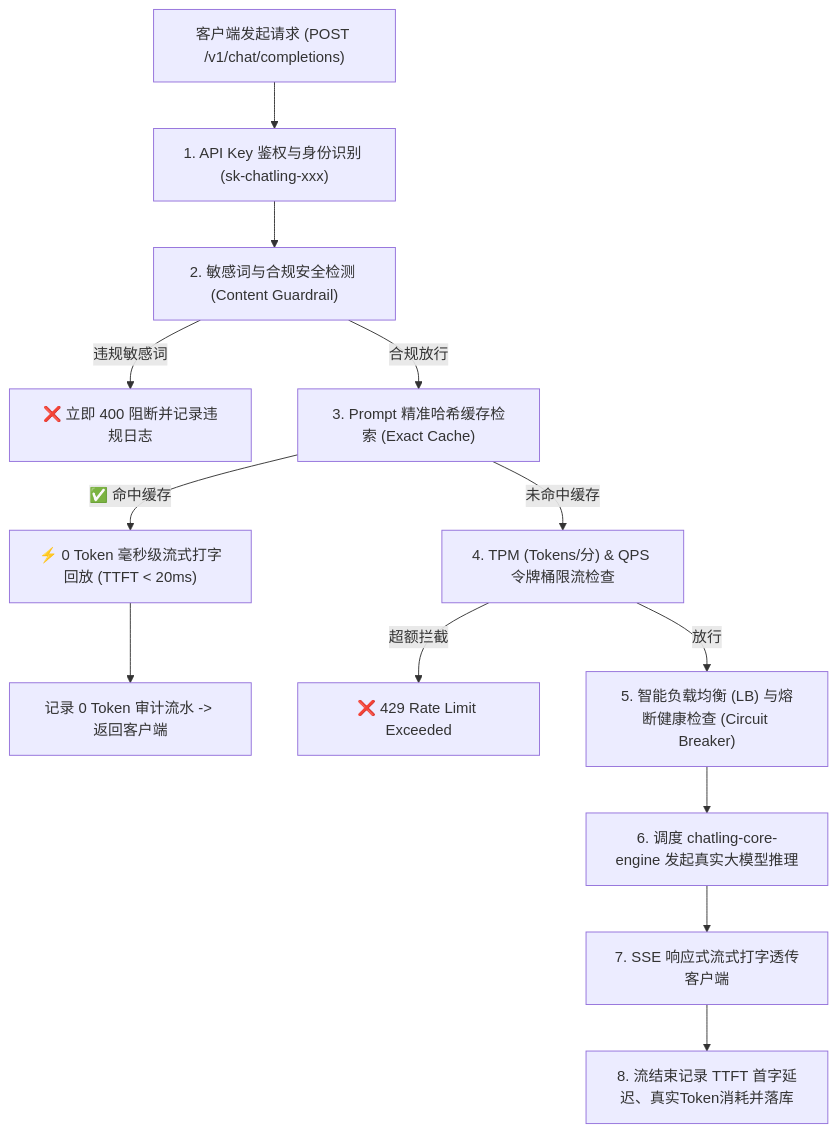
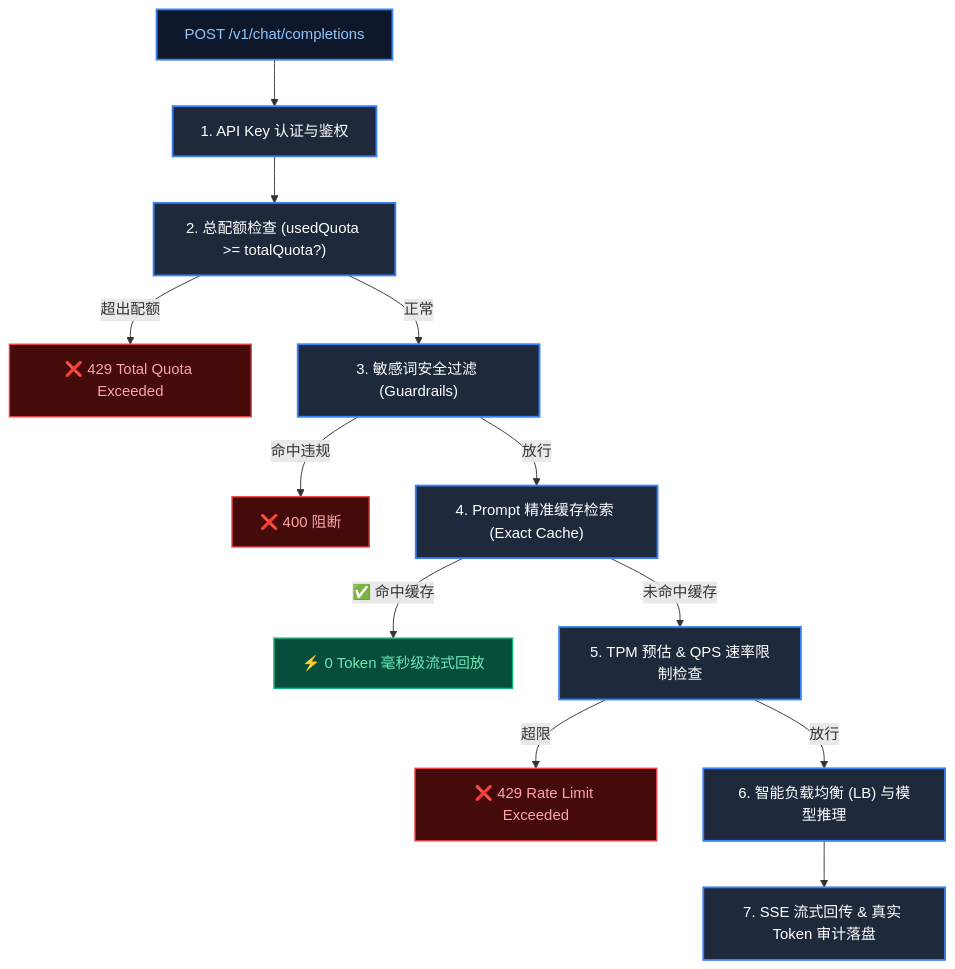
Before and after one commit to Alex19950829/ai-gateway: the diagram in chatling-dataplane/docs/dataplane_design.md, drawn with Mermaid. The commit also changed 12 other files, not shown here.

````diff
--- a/chatling-dataplane/docs/dataplane_design.md
+++ b/chatling-dataplane/docs/dataplane_design.md
@@ -10,19 +10,26 @@
 ```mermaid
+%%{init: {'flowchart': {'curve': 'ortho'}}}%%
 flowchart TD
-    Client["客户端发起请求 (POST /v1/chat/completions)"] --> Pre1["1. API Key 鉴权与身份识别 (sk-chatling-xxx)"]
-    Pre1 --> Pre2["2. 敏感词与合规安全检测 (Content Guardrail)"]
-    
-    Pre2 -->|违规敏感词| Block["❌ 立即 400 阻断并记录违规日志"]
-    Pre2 -->|合规放行| Pre3["3. Prompt 精准哈希缓存检索 (Exact Cache)"]
-    
-    Pre3 -->|✅ 命中缓存| QuickStream["⚡ 0 Token 毫秒级流式打字回放 (TTFT < 20ms)"]
-    QuickStream --> AuditDone["记录 0 Token 审计流水 -> 返回客户端"]
-    
-    Pre3 -->|未命中缓存| Pre4["4. TPM (Tokens/分) & QPS 令牌桶限流检查"]
-    Pre4 -->|超额拦截| TooManyReq["❌ 429 Rate Limit Exceeded"]
-    
-    Pre4 -->|放行| Route["5. 智能负载均衡 (LB) 与熔断健康检查 (Circuit Breaker)"]
-    Route --> Engine["6. 调度 chatling-core-engine 发起真实大模型推理"]
-    Engine --> SSE["7. SSE 响应式流式打字透传客户端"]
-    SSE --> Audit["8. 流结束记录 TTFT 首字延迟、真实Token消耗并落库"]
+    classDef default fill:#1e293b,stroke:#475569,stroke-width:1.5px,color:#f8fafc;
+    classDef entry fill:#0f172a,stroke:#3b82f6,stroke-width:2px,color:#93c5fd;
+    classDef check fill:#1e293b,stroke:#3b82f6,stroke-width:2px,color:#ffffff;
+    classDef reject fill:#450a0a,stroke:#ef4444,stroke-width:1.5px,color:#fca5a5;
+    classDef hit fill:#064e3b,stroke:#10b981,stroke-width:1.5px,color:#6ee7b7;
+
+    Req["POST /v1/chat/completions"]:::entry --> S1["1. API Key 认证与鉴权"]:::check
+    S1 --> S2["2. 总配额检查 (usedQuota >= totalQuota?)"]:::check
+
+    S2 -->|超出配额| E1["❌ 429 Total Quota Exceeded"]:::reject
+    S2 -->|正常| S3["3. 敏感词安全过滤 (Guardrails)"]:::check
+
+    S3 -->|命中违规| E2["❌ 400 阻断"]:::reject
+    S3 -->|放行| S4["4. Prompt 精准缓存检索 (Exact Cache)"]:::check
+
+    S4 -->|✅ 命中缓存| E3["⚡ 0 Token 毫秒级流式回放"]:::hit
+    S4 -->|未命中缓存| S5["5. TPM 预估 & QPS 速率限制检查"]:::check
+
+    S5 -->|超限| E4["❌ 429 Rate Limit Exceeded"]:::reject
+    S5 -->|放行| S6["6. 智能负载均衡 (LB) 与模型推理"]:::check
+
+    S6 --> S7["7. SSE 流式回传 & 真实 Token 审计落盘"]:::check
 ```
````
